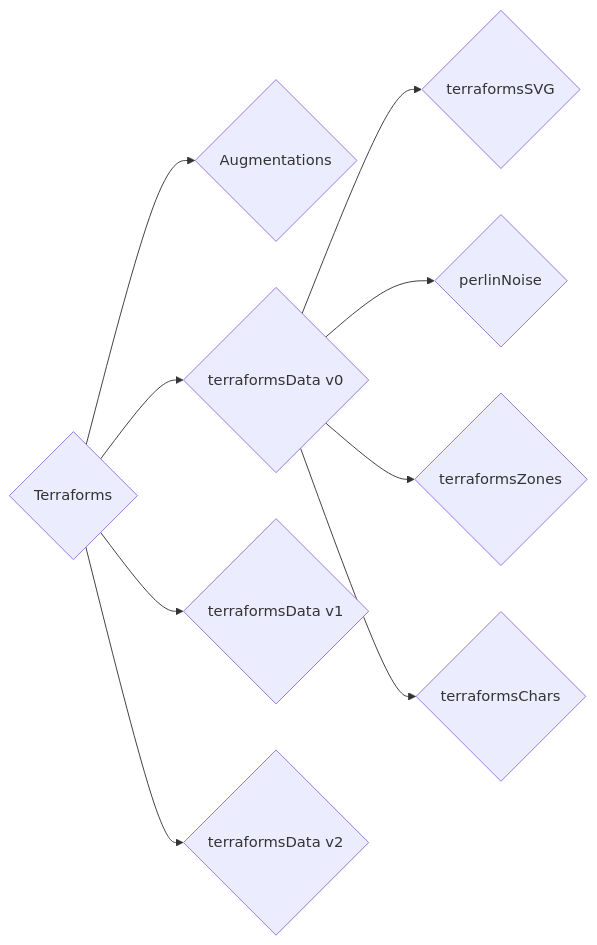
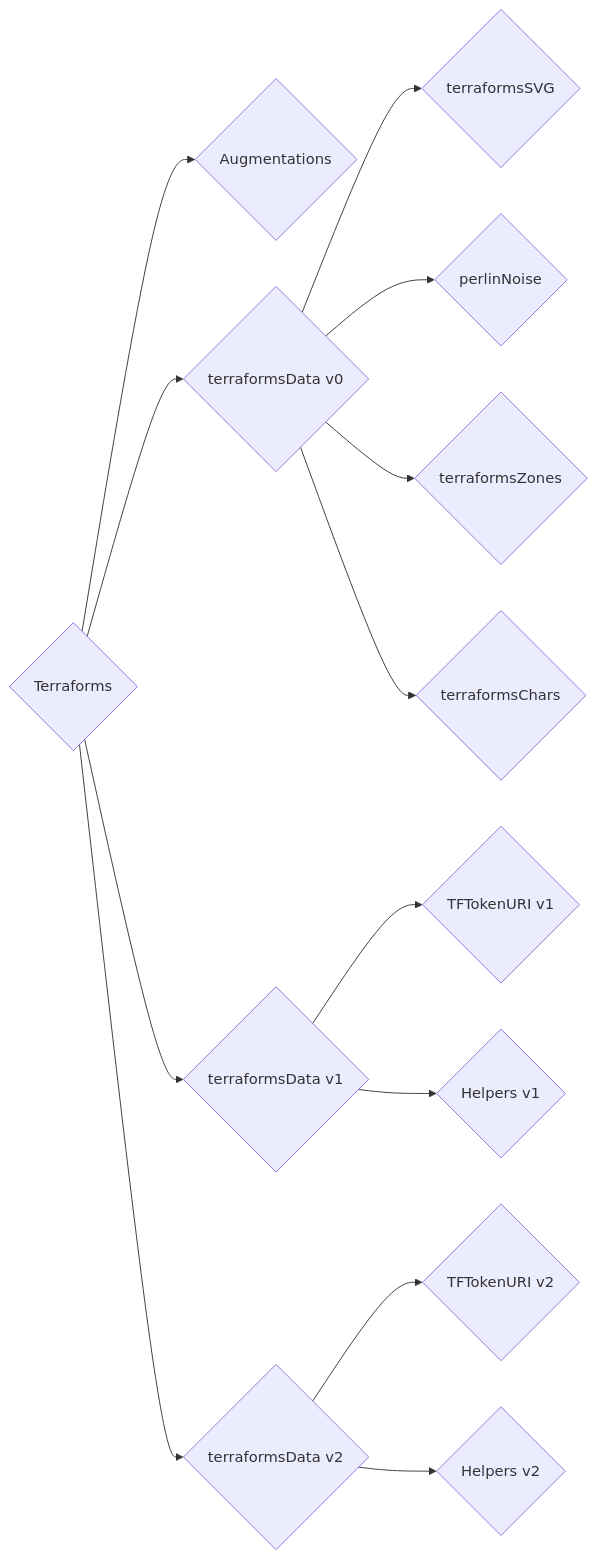
One commit to thebadcc/terraform-docs changed the first of 2 diagrams in contracts/Terraforms.md. Above: the diagram before and after it, drawn with Mermaid.

````diff
--- a/contracts/Terraforms.md
+++ b/contracts/Terraforms.md
@@ -22,11 +22,15 @@
 ```mermaid
 graph LR
     A{Terraforms} --> B{Augmentations}
     A --> C{terraformsData v0}
     A --> D{terraformsData v1}
     A --> E{terraformsData v2}
     C --> F{terraformsSVG}
     C --> G{perlinNoise}
     C --> H{terraformsZones}
     C --> I{terraformsChars}
+    D --> J{TFTokenURI v1}
+    D --> K{Helpers v1}
+    E --> L{TFTokenURI v2}
+    E --> M{Helpers v2}
 ```
````
